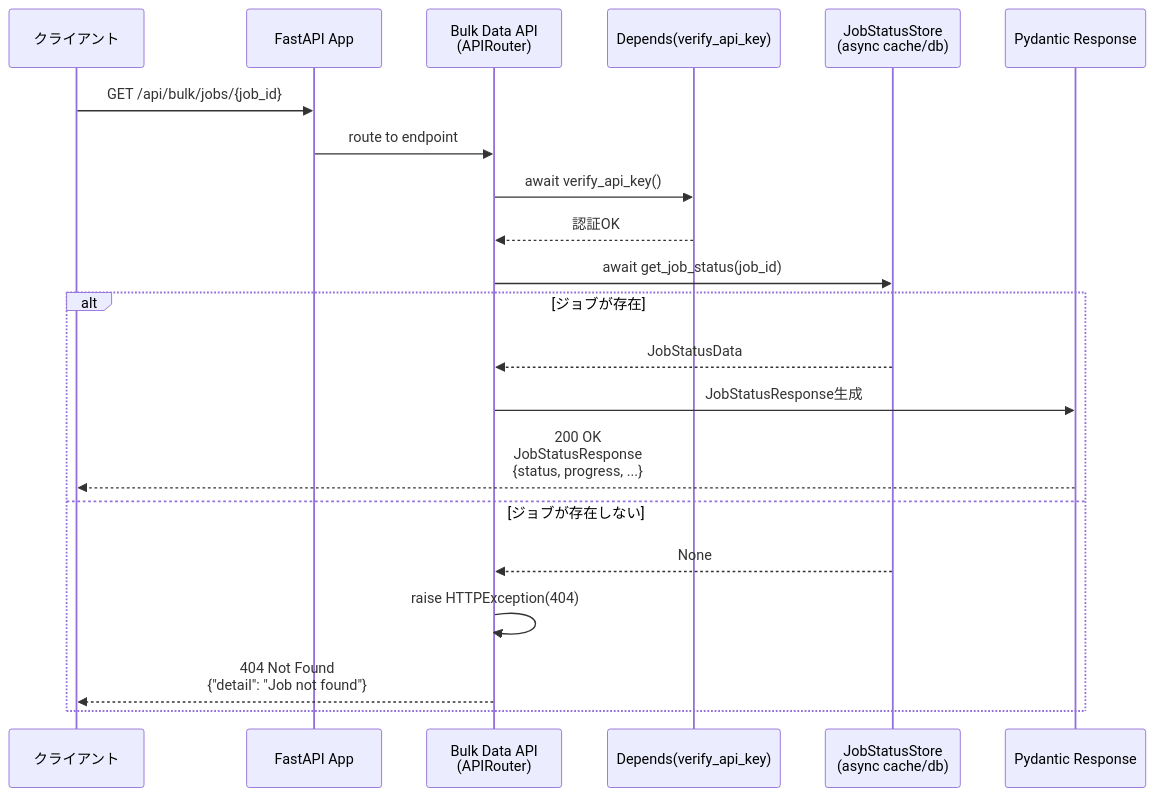
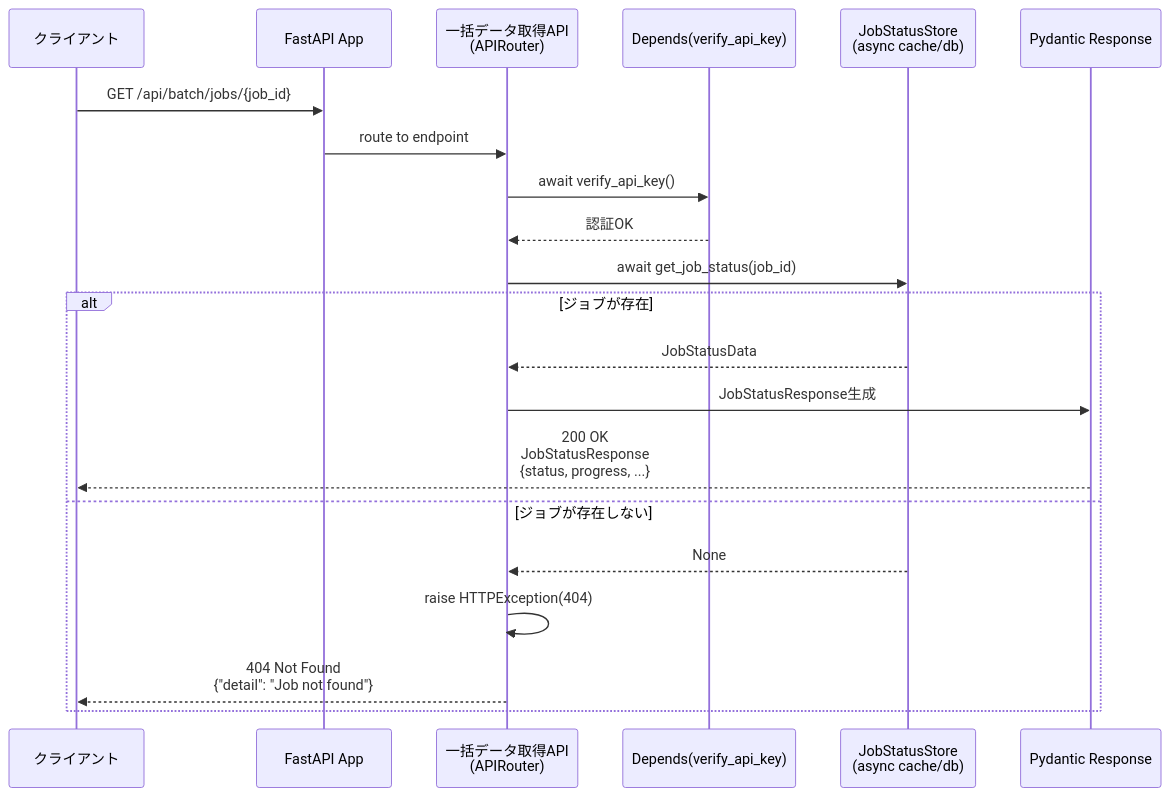
The ninth of 9 diagrams in docs/architecture/layers/api_layer.md (TIMMY-WEST/STOCK-INVESTMENT-ANALYZER), drawn with Mermaid before and after one commit. The commit also changed other lines of this file and 2 other files, not shown here.

````diff
--- a/docs/architecture/layers/api_layer.md
+++ b/docs/architecture/layers/api_layer.md
@@ -622,27 +642,27 @@
 ```mermaid
 sequenceDiagram
     participant Client as クライアント
     participant FastAPI as FastAPI App
-    participant BulkAPI as Bulk Data API<br/>(APIRouter)
+    participant BatchAPI as 一括データ取得API<br/>(APIRouter)
     participant Auth as Depends(verify_api_key)
     participant JobStore as JobStatusStore<br/>(async cache/db)
     participant Pydantic as Pydantic Response
 
-    Client->>FastAPI: GET /api/bulk/jobs/{job_id}
-    FastAPI->>BulkAPI: route to endpoint
+    Client->>FastAPI: GET /api/batch/jobs/{job_id}
+    FastAPI->>BatchAPI: route to endpoint
 
-    BulkAPI->>Auth: await verify_api_key()
-    Auth-->>BulkAPI: 認証OK
+    BatchAPI->>Auth: await verify_api_key()
+    Auth-->>BatchAPI: 認証OK
 
-    BulkAPI->>JobStore: await get_job_status(job_id)
+    BatchAPI->>JobStore: await get_job_status(job_id)
 
     alt ジョブが存在
-        JobStore-->>BulkAPI: JobStatusData
-        BulkAPI->>Pydantic: JobStatusResponse生成
+        JobStore-->>BatchAPI: JobStatusData
+        BatchAPI->>Pydantic: JobStatusResponse生成
         Pydantic-->>Client: 200 OK<br/>JobStatusResponse<br/>{status, progress, ...}
     else ジョブが存在しない
-        JobStore-->>BulkAPI: None
-        BulkAPI->>BulkAPI: raise HTTPException(404)
-        BulkAPI-->>Client: 404 Not Found<br/>{"detail": "Job not found"}
+        JobStore-->>BatchAPI: None
+        BatchAPI->>BatchAPI: raise HTTPException(404)
+        BatchAPI-->>Client: 404 Not Found<br/>{"detail": "Job not found"}
     end
 ```
````
